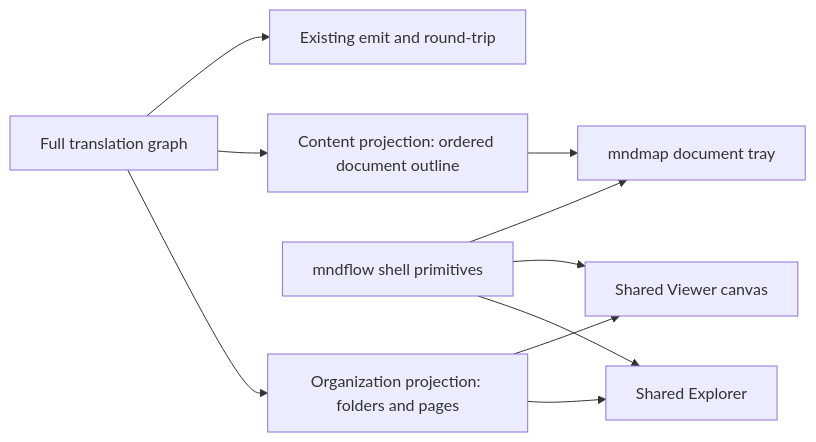
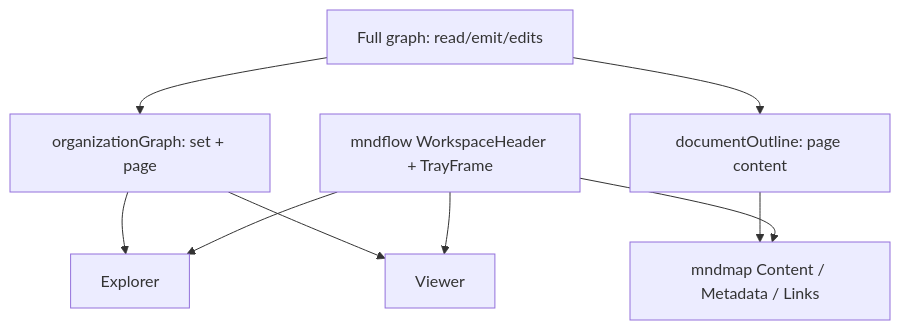
Before and after one commit to kotulc/mndmap: the diagram in plan.md, drawn with Mermaid. The commit also changed other lines of this file and 14 other files, not shown here.

````diff
--- a/plan.md
+++ b/plan.md
@@ -35,12 +71,12 @@
 ```mermaid
-flowchart LR
-  FullGraph["Full translation graph"] --> OrgProjection["Organization projection: folders and pages"]
-  FullGraph --> ContentProjection["Content projection: ordered document outline"]
-  OrgProjection --> Explorer["Shared Explorer"]
-  OrgProjection --> Viewer["Shared Viewer canvas"]
-  ContentProjection --> DocTray["mndmap document tray"]
-  SharedShell["mndflow shell primitives"] --> Explorer
-  SharedShell --> Viewer
-  SharedShell --> DocTray
-  FullGraph --> Emit["Existing emit and round-trip"]
+flowchart TB
+  FullGraph["Full graph: read/emit/edits"]
+  FullGraph --> Org["organizationGraph: set + page"]
+  FullGraph --> Outline["documentOutline: page content"]
+  Org --> Explorer
+  Org --> Viewer
+  Outline --> DocTray["mndmap Content / Metadata / Links"]
+  Shell["mndflow WorkspaceHeader + TrayFrame"] --> Explorer
+  Shell --> Viewer
+  Shell --> DocTray
 ```
````
